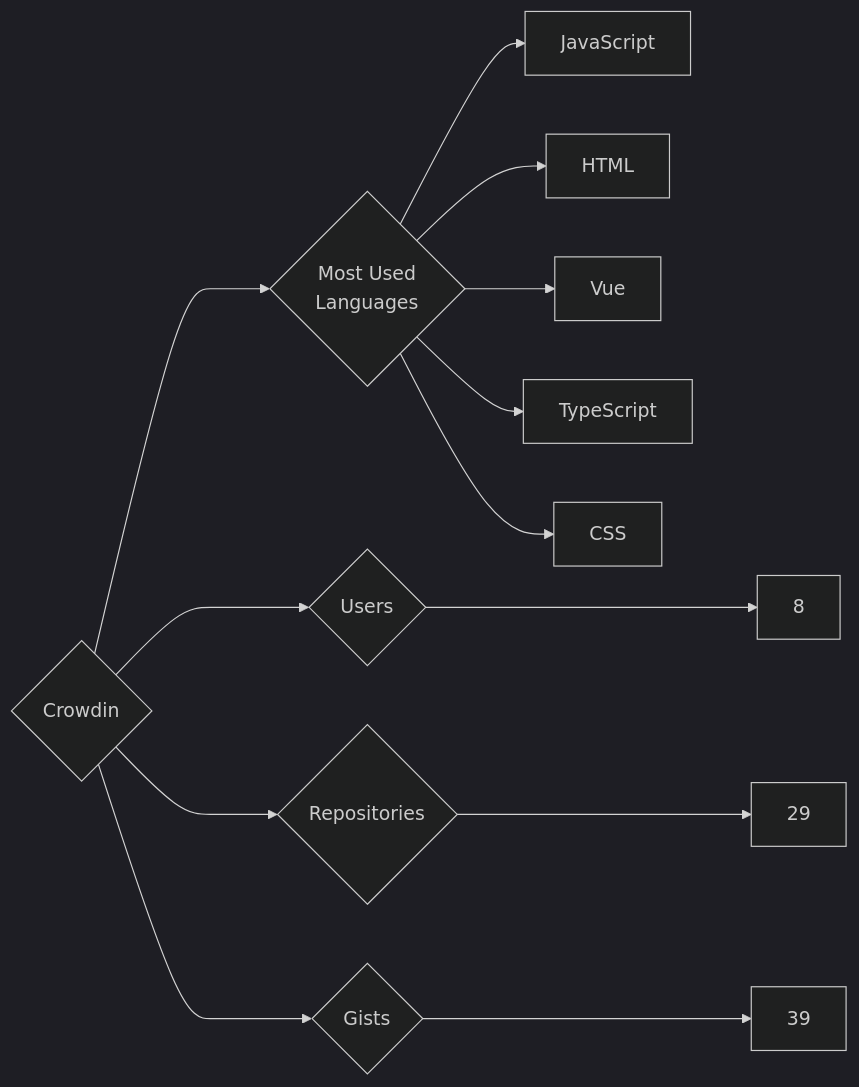
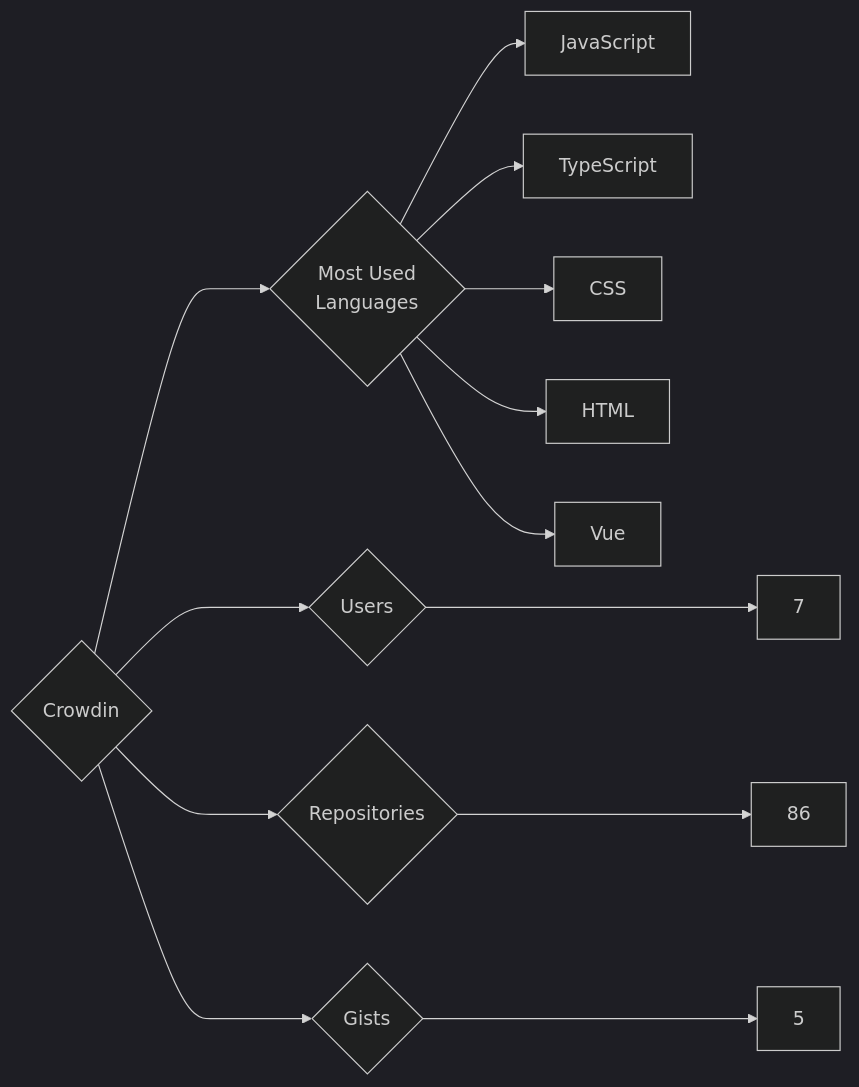
Before and after one commit to trickest/insiders: the diagram in targets/Crowdin/README.md, drawn with Mermaid (dark theme). The commit also changed 1195 other files, not shown here.

````diff
--- a/targets/Crowdin/README.md
+++ b/targets/Crowdin/README.md
@@ -3,13 +3,13 @@
 ```mermaid
 graph LR
 COMPANY_NAME{Crowdin}
-COMPANY_NAME ---> U{Users} ---> UN[8]
-COMPANY_NAME ---> R{Repositories} ---> RN[29]
-COMPANY_NAME ---> G{Gists} ---> GN[39]
+COMPANY_NAME ---> U{Users} ---> UN[7]
+COMPANY_NAME ---> R{Repositories} ---> RN[86]
+COMPANY_NAME ---> G{Gists} ---> GN[5]
 COMPANY_NAME ---> ML{Most Used<br>Languages}
 ML --> JavaScript[JavaScript]
+ML --> TypeScript[TypeScript]
+ML --> CSS[CSS]
 ML --> HTML[HTML]
 ML --> Vue[Vue]
-ML --> TypeScript[TypeScript]
-ML --> CSS[CSS]
 ```
````
